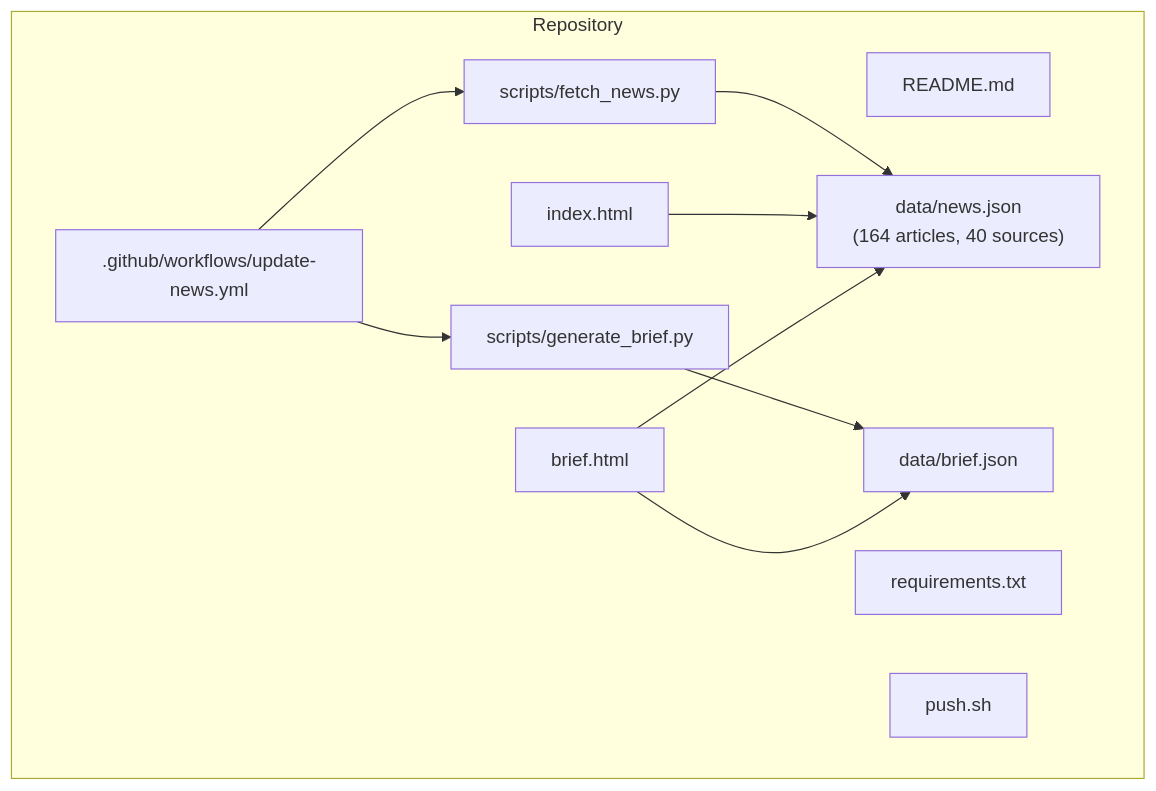
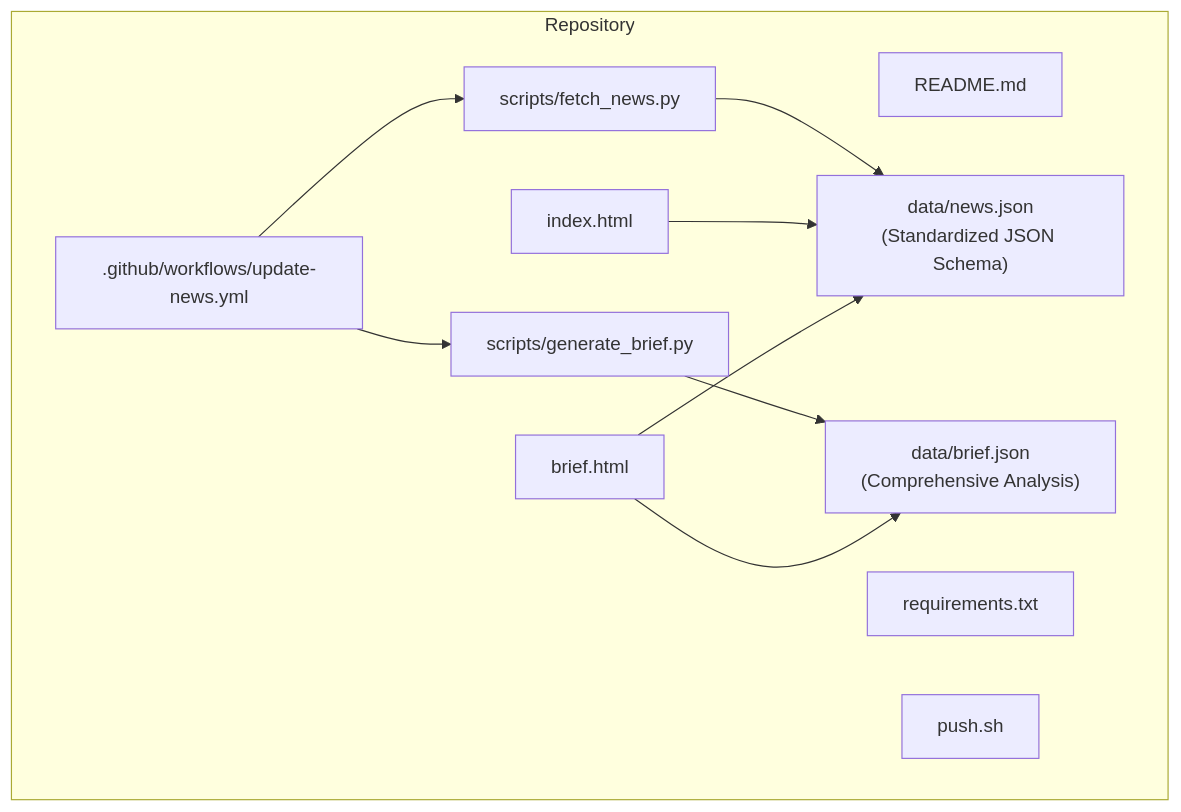
One commit to junxie01/daily_news changed the first of 4 diagrams in .qoder/repowiki/en/content/Data Management.md. Above: the diagram before and after it, drawn with Mermaid. The commit also changed other lines of this file and 4 other files, not shown here.

````diff
--- a/.qoder/repowiki/en/content/Data Management.md
+++ b/.qoder/repowiki/en/content/Data Management.md
@@ -43,22 +42,22 @@
 ```mermaid
 graph TB
 subgraph "Repository"
 A["README.md"]
 B[".github/workflows/update-news.yml"]
 C["requirements.txt"]
 D["scripts/fetch_news.py"]
 E["scripts/generate_brief.py"]
-F["data/news.json<br/>(164 articles, 40 sources)"]
-G["data/brief.json"]
+F["data/news.json<br/>(Standardized JSON Schema)"]
+G["data/brief.json<br/>(Comprehensive Analysis)"]
 H["index.html"]
 I["brief.html"]
 J["push.sh"]
 end
 B --> D
 B --> E
 D --> F
 E --> G
 H --> F
 I --> G
 I --> F
 ```
````
